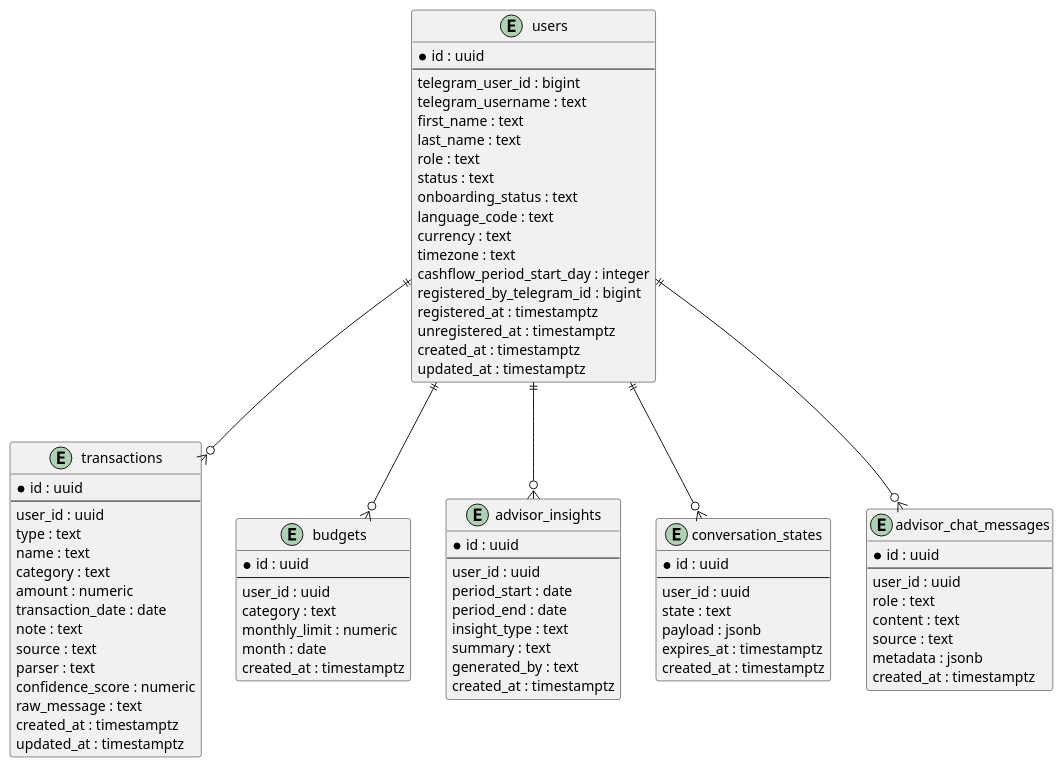
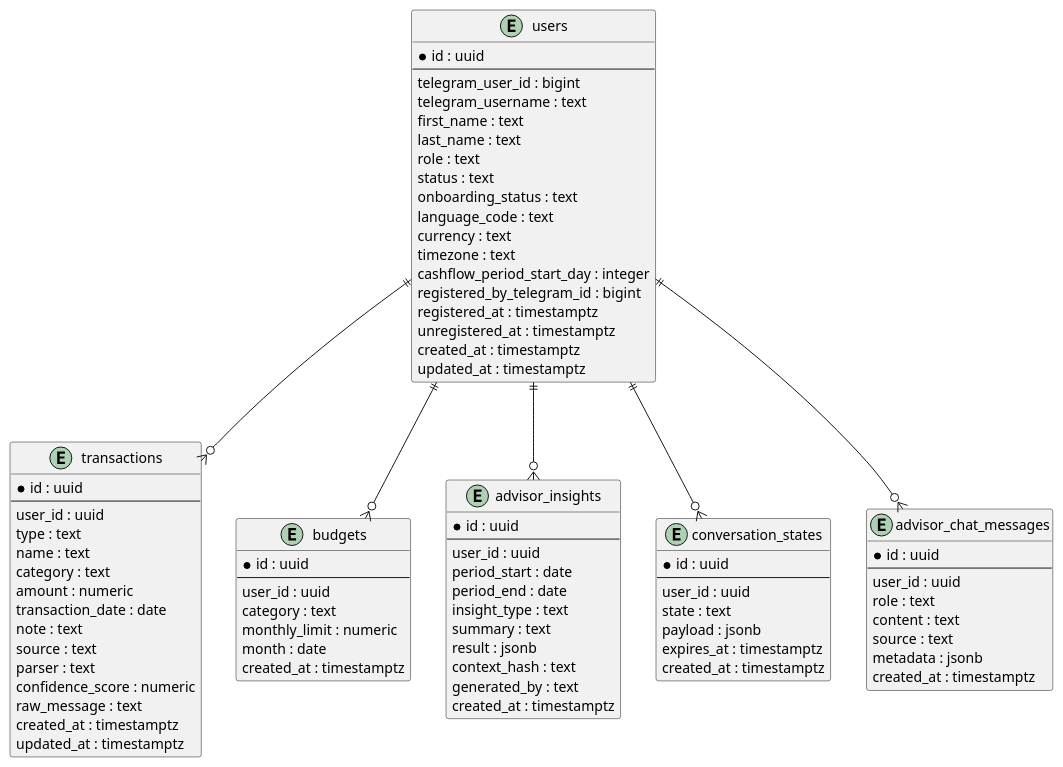
Diagram 13 of 13 in docs/ARCHITECTURE.md (abdtirtayasa24/ai-expense-telegram), drawn with PlantUML before and after one commit. The commit also changed other lines of this file and 10 other files, not shown here.

```diff
--- a/docs/ARCHITECTURE.md
+++ b/docs/ARCHITECTURE.md
@@ -678,6 +683,8 @@
   period_end : date
   insight_type : text
   summary : text
+  result : jsonb
+  context_hash : text
   generated_by : text
   created_at : timestamptz
 }
```
